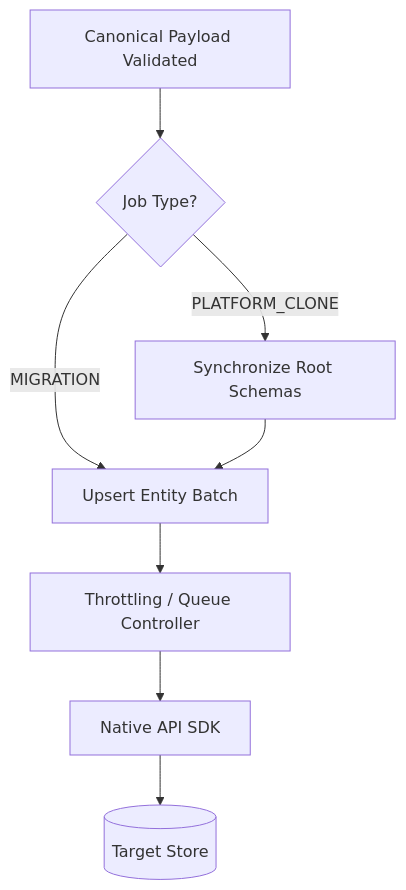
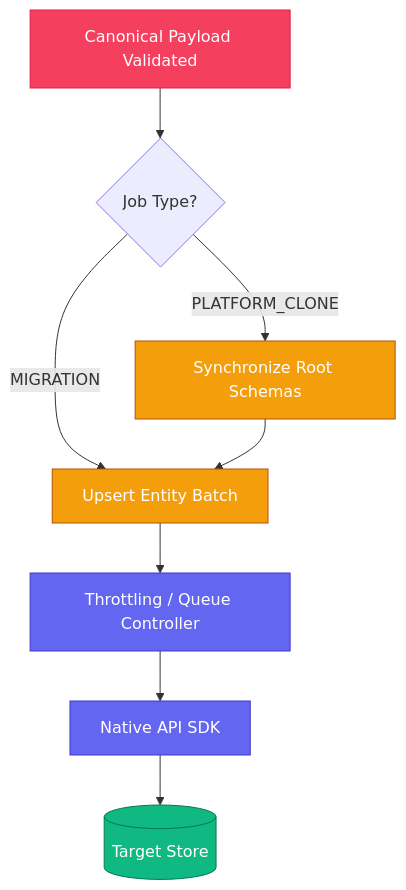
One commit to sonishivam1/commerce-orchestrator changed the diagram in docs/architecture/deployment-layer.md. Above: the diagram before and after it, drawn with Mermaid. The commit also changed 6 other files, not shown here.

Commit message:
fix(docs): fix all Mermaid parse errors and add colors to all diagrams

````diff
--- a/docs/architecture/deployment-layer.md
+++ b/docs/architecture/deployment-layer.md
@@ -18,13 +18,23 @@
 ```mermaid
 flowchart TD
-    Canon[Canonical Payload Validated] --> Decide{Job Type?}
-    
-    Decide -->|MIGRATION| UpsertEntities[Upsert Entity Batch]
-    Decide -->|PLATFORM_CLONE| SyncSchema[Synchronize Root Schemas]
-    
+    classDef canon fill:#f43f5e,stroke:#e11d48,color:#fff
+    classDef action fill:#f59e0b,stroke:#b45309,color:#fff
+    classDef infra fill:#6366f1,stroke:#4338ca,color:#fff
+    classDef store fill:#10b981,stroke:#047857,color:#fff
+
+    Canon["Canonical Payload Validated"]:::canon
+    Decide{"Job Type?"}
+    UpsertEntities["Upsert Entity Batch"]:::action
+    SyncSchema["Synchronize Root Schemas"]:::action
+    RateLimit["Throttling / Queue Controller"]:::infra
+    SDK["Native API SDK"]:::infra
+    Store[("Target Store")]:::store
+
+    Canon --> Decide
+    Decide -->|MIGRATION| UpsertEntities
+    Decide -->|PLATFORM_CLONE| SyncSchema
     SyncSchema --> UpsertEntities
-    
-    UpsertEntities --> RateLimit[Throttling / Queue Controller]
-    RateLimit --> SDK[Native API SDK]
-    SDK --> Store[(Target Store)]
+    UpsertEntities --> RateLimit
+    RateLimit --> SDK
+    SDK --> Store
 ```
````
